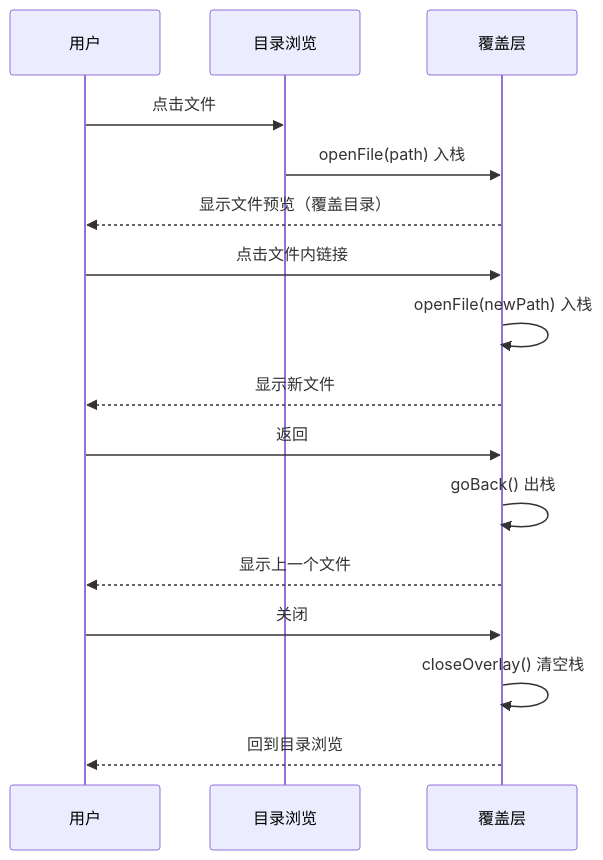
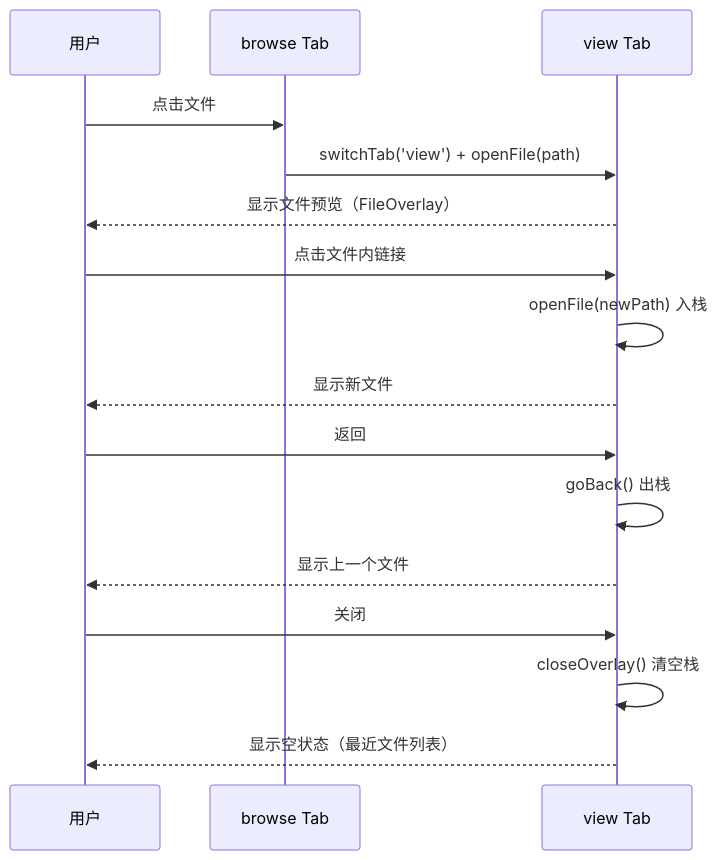
Before and after one commit to 0REZ/clawbench: the second of 4 diagrams in docs/spec/features/file-management.md, drawn with Mermaid. The commit also changed other lines of this file and 315 other files, not shown here.

````diff
--- a/docs/spec/features/file-management.md
+++ b/docs/spec/features/file-management.md
@@ -34,19 +34,19 @@
 ```mermaid
 sequenceDiagram
     participant 用户
-    participant 目录浏览
-    participant 覆盖层
+    participant browse Tab
+    participant view Tab
 
-    用户->>目录浏览: 点击文件
-    目录浏览->>覆盖层: openFile(path) 入栈
-    覆盖层-->>用户: 显示文件预览（覆盖目录）
-    用户->>覆盖层: 点击文件内链接
-    覆盖层->>覆盖层: openFile(newPath) 入栈
-    覆盖层-->>用户: 显示新文件
-    用户->>覆盖层: 返回
-    覆盖层->>覆盖层: goBack() 出栈
-    覆盖层-->>用户: 显示上一个文件
-    用户->>覆盖层: 关闭
-    覆盖层->>覆盖层: closeOverlay() 清空栈
-    覆盖层-->>用户: 回到目录浏览
+    用户->>browse Tab: 点击文件
+    browse Tab->>view Tab: switchTab('view') + openFile(path)
+    view Tab-->>用户: 显示文件预览（FileOverlay）
+    用户->>view Tab: 点击文件内链接
+    view Tab->>view Tab: openFile(newPath) 入栈
+    view Tab-->>用户: 显示新文件
+    用户->>view Tab: 返回
+    view Tab->>view Tab: goBack() 出栈
+    view Tab-->>用户: 显示上一个文件
+    用户->>view Tab: 关闭
+    view Tab->>view Tab: closeOverlay() 清空栈
+    view Tab-->>用户: 显示空状态（最近文件列表）
 ```
````
